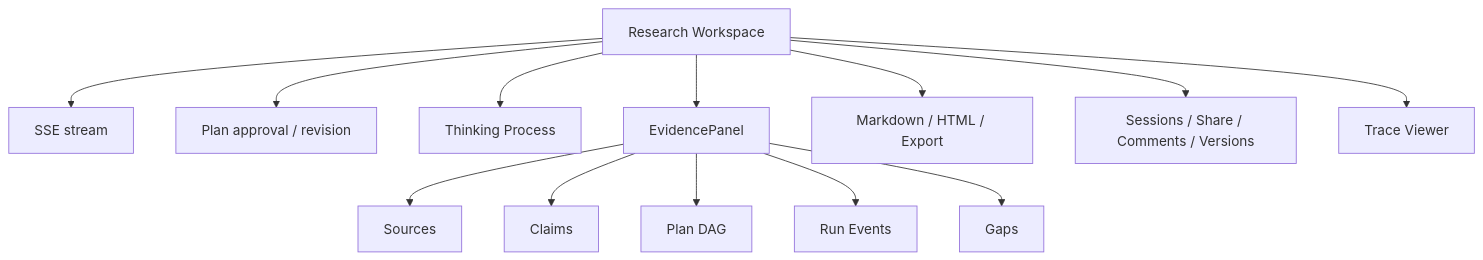
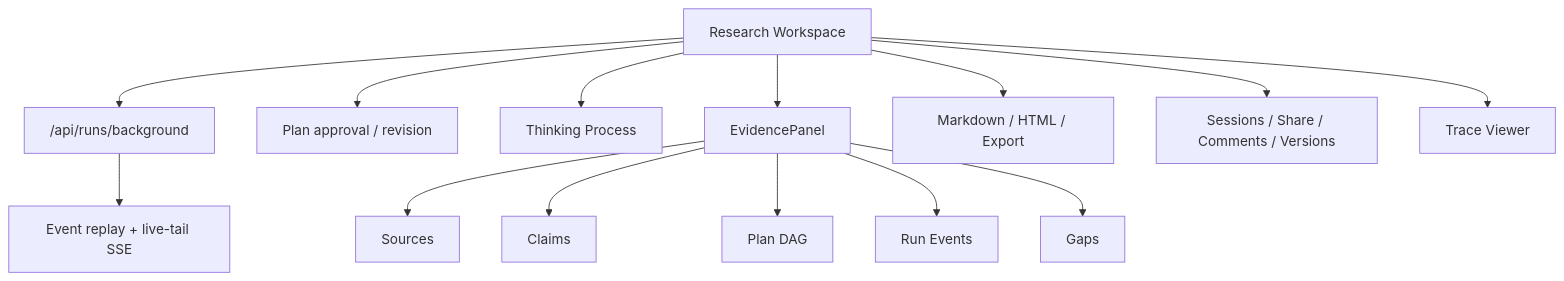
The sixth of 6 diagrams in README.en.md (LittleSongxx/SoulSearcher), drawn with Mermaid before and after one commit. The commit also changed other lines of this file and 12 other files, not shown here.

````diff
--- a/README.en.md
+++ b/README.en.md
@@ -250,15 +254,16 @@
 ```mermaid
 flowchart TB
-    Workspace["Research Workspace"] --> Stream["SSE stream"]
+    Workspace["Research Workspace"] --> Background["/api/runs/background"]
+    Background --> Stream["Event replay + live-tail SSE"]
     Workspace --> Approval["Plan approval / revision"]
     Workspace --> Thinking["Thinking Process"]
     Workspace --> Evidence["EvidencePanel"]
     Evidence --> Sources["Sources"]
     Evidence --> Claims["Claims"]
     Evidence --> Plan["Plan DAG"]
     Evidence --> Events["Run Events"]
     Evidence --> Gaps["Gaps"]
     Workspace --> Artifacts["Markdown / HTML / Export"]
     Workspace --> Sessions["Sessions / Share / Comments / Versions"]
     Workspace --> Trace["Trace Viewer"]
 ```
````
